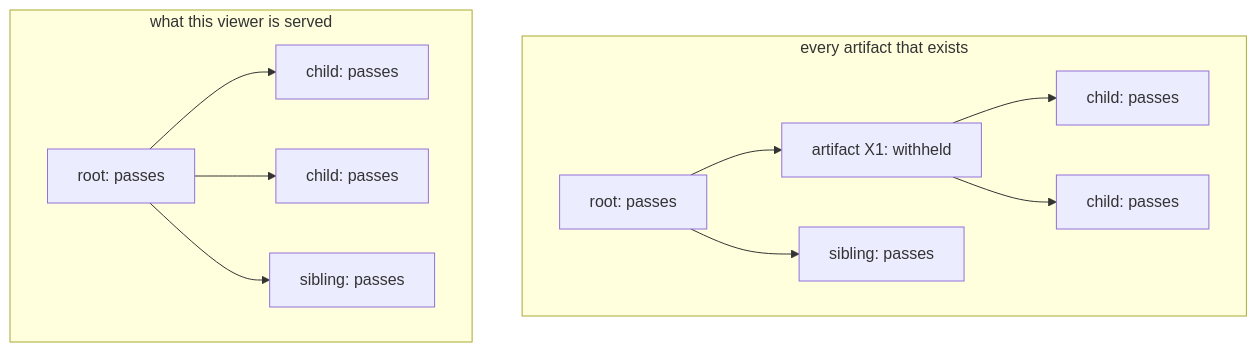
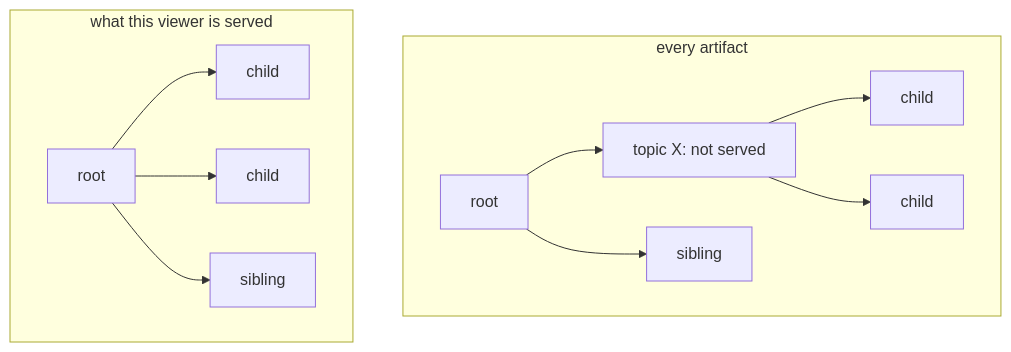
One commit to mosaicadb/mosaica changed the diagram in docs/system/annotations.md. Above: the diagram before and after it, drawn with Mermaid. The commit also changed other lines of this file and 2 other files, not shown here.

````diff
--- a/docs/system/annotations.md
+++ b/docs/system/annotations.md
@@ -163,14 +109,14 @@
 ```mermaid
 flowchart TB
-  subgraph before["every artifact that exists"]
-    R1["root: passes"] --> X1["artifact X1: withheld"]
-    X1 --> C1a["child: passes"]
-    X1 --> C1b["child: passes"]
-    R1 --> D1["sibling: passes"]
+  subgraph before["every artifact"]
+    R1["root"] --> X1["topic X: not served"]
+    X1 --> C1a["child"]
+    X1 --> C1b["child"]
+    R1 --> D1["sibling"]
   end
   subgraph after["what this viewer is served"]
-    R2["root: passes"] --> C2a["child: passes"]
-    R2 --> C2b["child: passes"]
-    R2 --> D2["sibling: passes"]
+    R2["root"] --> C2a["child"]
+    R2 --> C2b["child"]
+    R2 --> D2["sibling"]
   end
 ```
````
